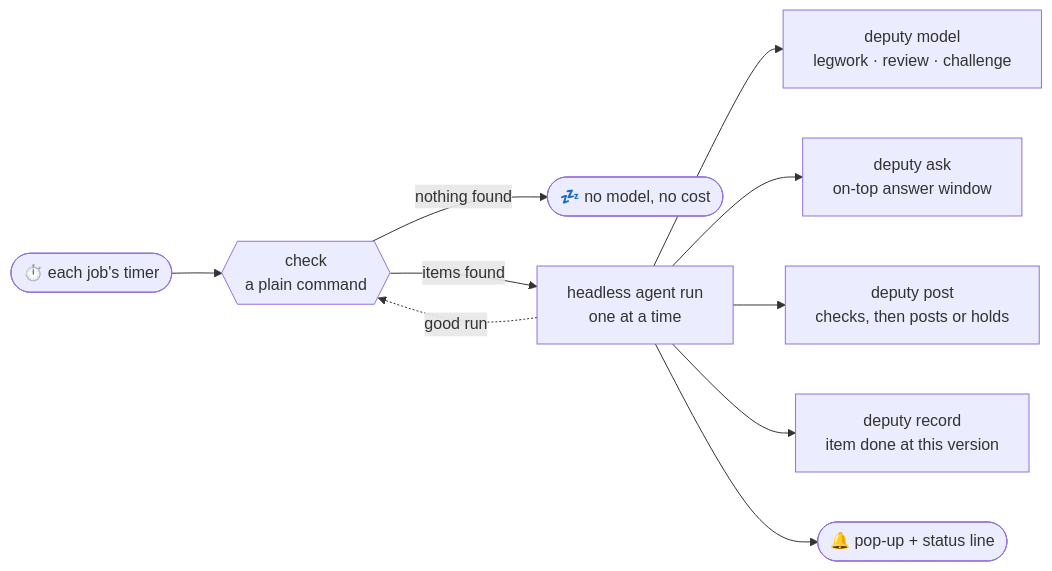
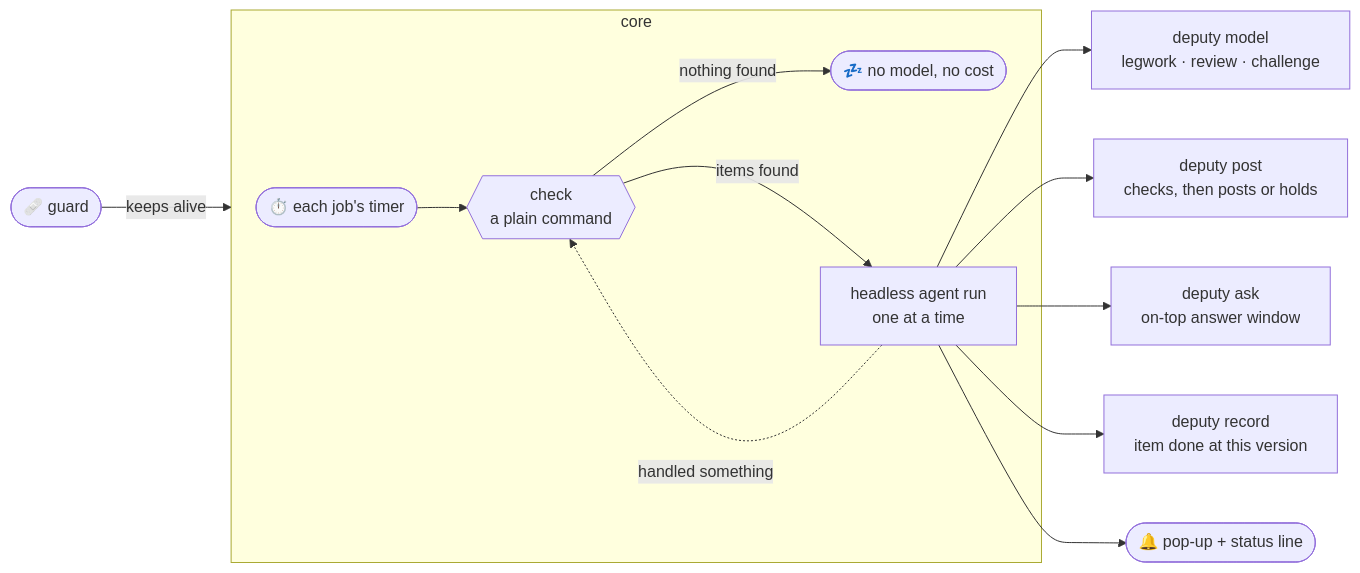
The diagram in README.md (suv0/deputy), drawn with Mermaid before and after one commit. The commit also changed other lines of this file and 25 other files, not shown here.

````diff
--- a/README.md
+++ b/README.md
@@ -113,12 +112,15 @@
 ```mermaid
 flowchart LR
-    timer([⏱️ each job's timer]) --> check{{check<br/>a plain command}}
-    check -- nothing found --> sleep([💤 no model, no cost])
-    check -- items found --> run[headless agent run<br/>one at a time]
+    guard([🩹 guard]) -- keeps alive --> core
+    subgraph core [core]
+      timer([⏱️ each job's timer]) --> check{{check<br/>a plain command}}
+      check -- nothing found --> sleep([💤 no model, no cost])
+      check -- items found --> run[headless agent run<br/>one at a time]
+    end
     run --> models[deputy model<br/>legwork · review · challenge]
+    run --> post[deputy post<br/>checks, then posts or holds]
     run --> ask[deputy ask<br/>on-top answer window]
-    run --> post[deputy post<br/>checks, then posts or holds]
     run --> record[deputy record<br/>item done at this version]
     run --> popup([🔔 pop-up + status line])
-    run -. good run .-> check
+    run -. handled something .-> check
 ```
````
